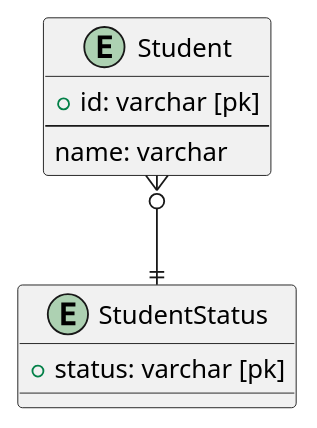
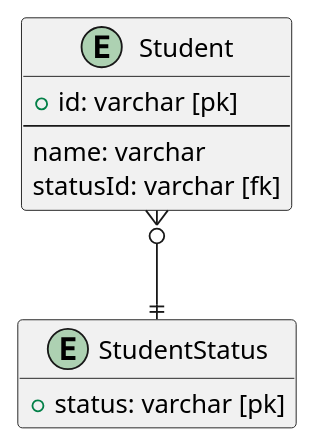
Before and after one commit to sushidesu/prahachallenge: the diagram in 03_データベース/13_データベース設計のアンチパターンを学ぶ6/アンチパターンを学ぶ6.md, drawn with PlantUML. The commit also changed 1 other file, not shown here.

Commit message:
外部キーが無かったので追加

````diff
--- a/03_データベース/13_データベース設計のアンチパターンを学ぶ6/アンチパターンを学ぶ6.md
+++ b/03_データベース/13_データベース設計のアンチパターンを学ぶ6/アンチパターンを学ぶ6.md
@@ -20,13 +20,16 @@
 ```plantuml
 Entity Student {
   + id: varchar [pk]
   --
   name: varchar
+  statusId: varchar [fk]
 }
 
 Entity StudentStatus {
   + status: varchar [pk]
 }
 
 Student }o--|| StudentStatus
+
+hide empty members
 ```
````
